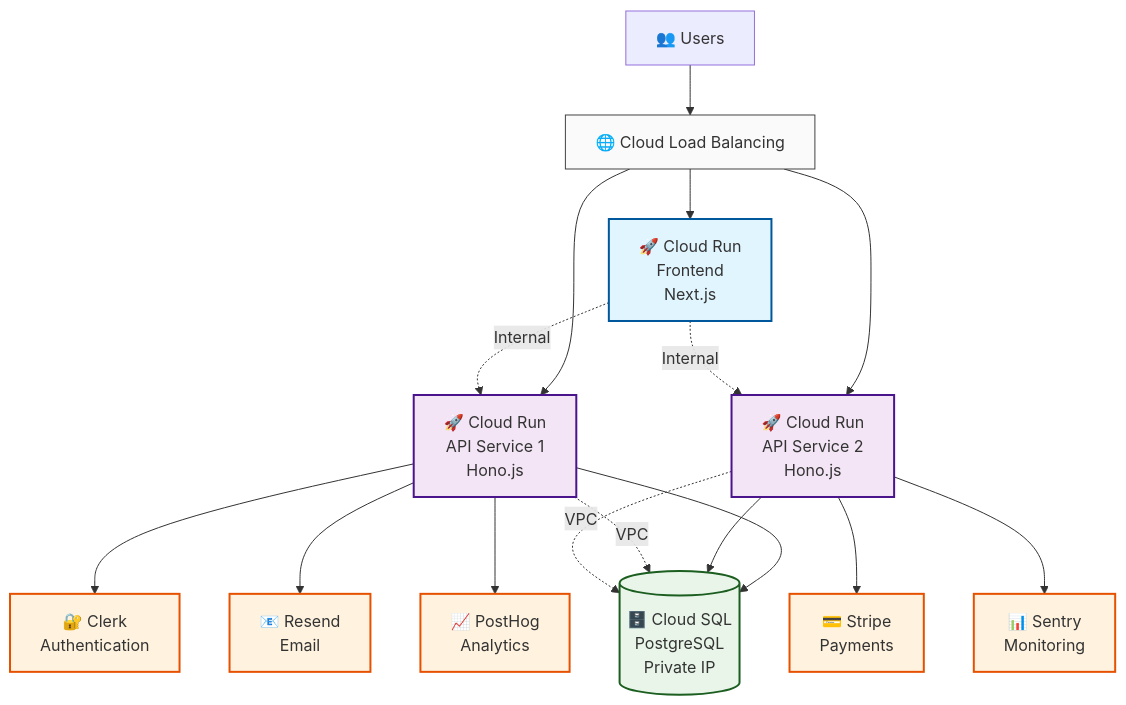
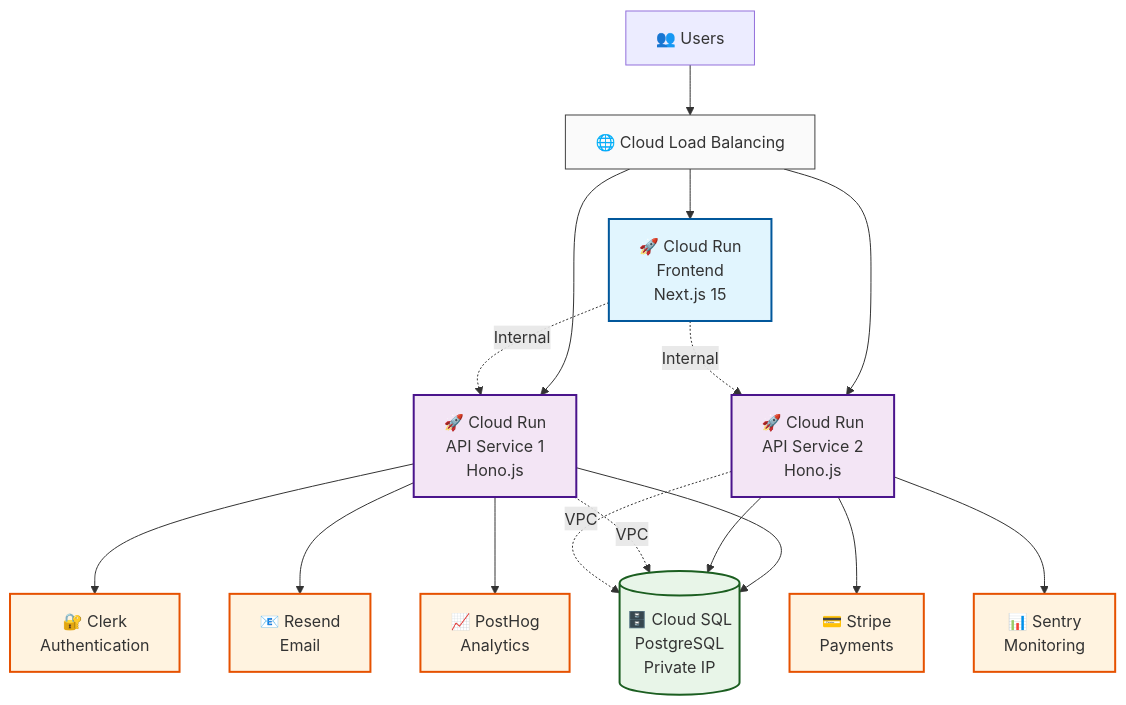
Before and after one commit to raphaelmansuy/modern_saas_template: the diagram in specs/09_google_cloud_hosting.md, drawn with Mermaid. The commit also changed other lines of this file, not shown here.

Commit message:
feat: update Google Cloud hosting strategy documentation to reflect Next.js 15 and Bun integration; enhance deployment optimizations

````diff
--- a/specs/09_google_cloud_hosting.md
+++ b/specs/09_google_cloud_hosting.md
@@ -23,42 +43,42 @@
 ```mermaid
 graph TB
     %% External Users
     User[👥 Users] --> CLB[🌐 Cloud Load Balancing]
     
     %% Frontend Layer
-    CLB --> CRWeb[🚀 Cloud Run<br/>Frontend<br/>Next.js]
+    CLB --> CRWeb[🚀 Cloud Run<br/>Frontend<br/>Next.js 15]
     
     %% API Layer
     CLB --> CRAPI1[🚀 Cloud Run<br/>API Service 1<br/>Hono.js]
     CLB --> CRAPI2[🚀 Cloud Run<br/>API Service 2<br/>Hono.js]
     
     %% Database Layer
     CRAPI1 --> CloudSQL[(🗄️ Cloud SQL<br/>PostgreSQL<br/>Private IP)]
     CRAPI2 --> CloudSQL
     
     %% External Services
     CRAPI1 --> Clerk[🔐 Clerk<br/>Authentication]
     CRAPI2 --> Stripe[💳 Stripe<br/>Payments]
     CRAPI1 --> Resend[📧 Resend<br/>Email]
     CRAPI2 --> Sentry[📊 Sentry<br/>Monitoring]
     CRAPI1 --> PostHog[📈 PostHog<br/>Analytics]
     
     %% Networking
     CRWeb -.->|Internal| CRAPI1
     CRWeb -.->|Internal| CRAPI2
     CRAPI1 -.->|VPC| CloudSQL
     CRAPI2 -.->|VPC| CloudSQL
     
     %% Styling
     classDef frontend fill:#e1f5fe,stroke:#01579b,stroke-width:2px
     classDef api fill:#f3e5f5,stroke:#4a148c,stroke-width:2px
     classDef database fill:#e8f5e8,stroke:#1b5e20,stroke-width:2px
     classDef external fill:#fff3e0,stroke:#e65100,stroke-width:2px
     classDef network fill:#fafafa,stroke:#424242,stroke-width:1px
     
     class CRWeb frontend
     class CRAPI1,CRAPI2 api
     class CloudSQL database
     class Clerk,Stripe,Resend,Sentry,PostHog external
     class CLB network
 ```
````
